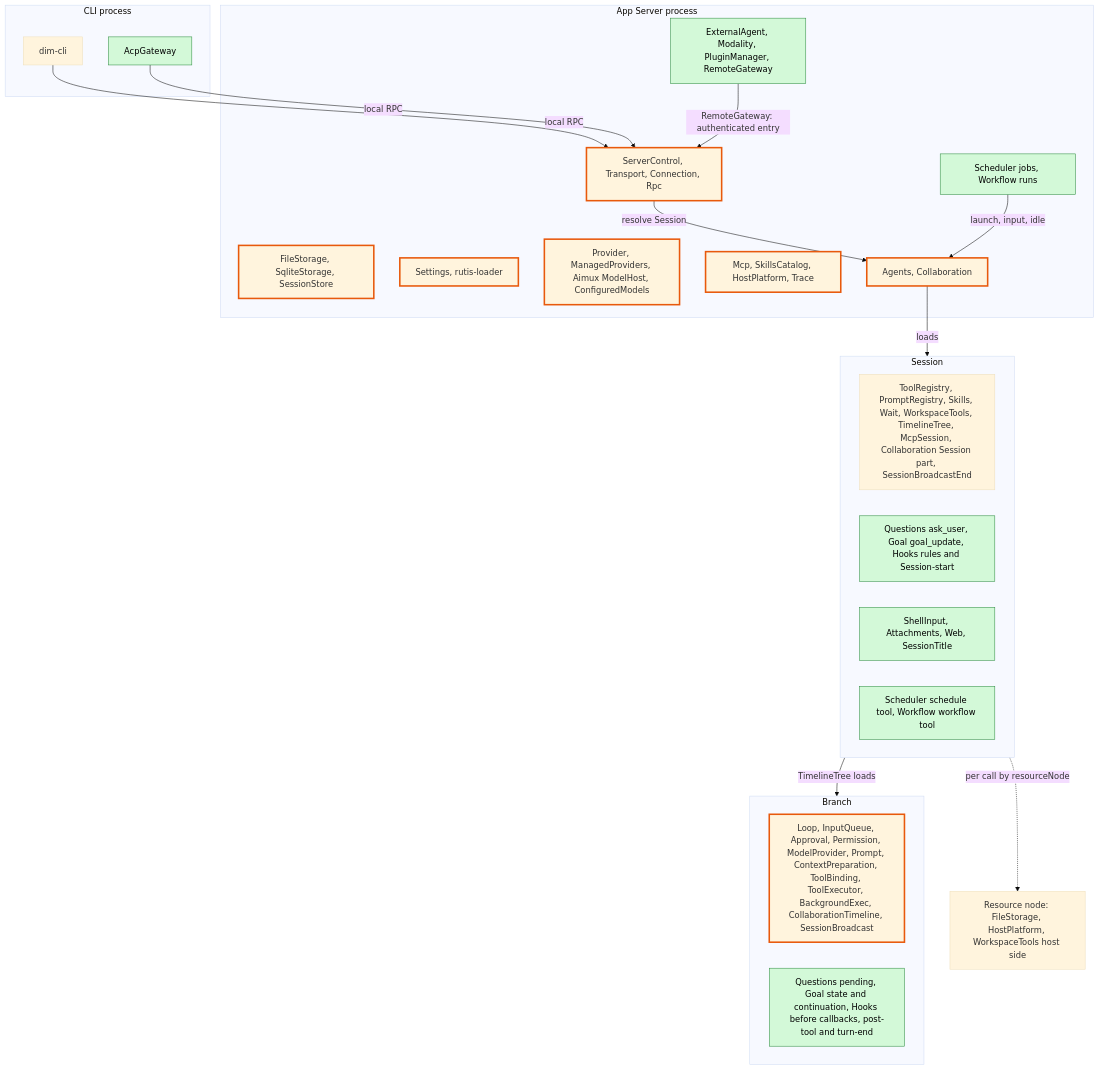
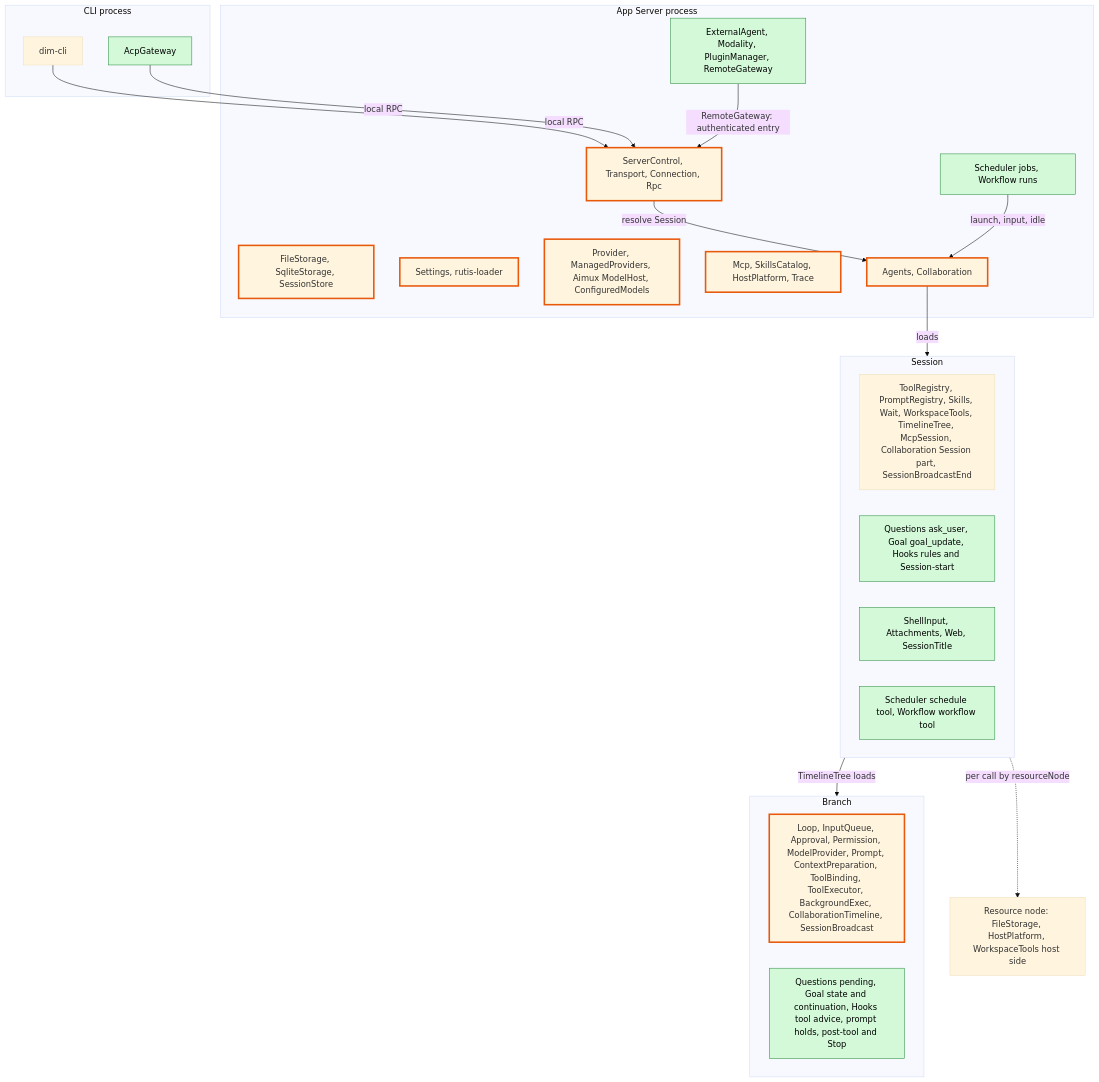
The first of 8 diagrams in docs/design/overview.md (CoutinhoTTS/dim-agent), drawn with Mermaid (base theme) before and after one commit. The commit also changed other lines of this file and 8 other files, not shown here.

````diff
--- a/docs/design/overview.md
+++ b/docs/design/overview.md
@@ -25,40 +25,40 @@
 ```mermaid
 flowchart TB
   classDef new fill:#d3f9d8,stroke:#2b8a3e,color:#000
   classDef changed stroke:#e8590c,stroke-width:3px
 
   subgraph CLIP["CLI process"]
     cli["dim-cli"]
     acp["AcpGateway"]:::new
   end
   subgraph PROC["App Server process"]
     entry["ServerControl, Transport, Connection, Rpc"]:::changed
     store["FileStorage, SqliteStorage, SessionStore"]:::changed
     cfg["Settings, rutis-loader"]:::changed
     models["Provider, ManagedProviders, Aimux ModelHost, ConfiguredModels"]:::changed
     cat["Mcp, SkillsCatalog, HostPlatform, Trace"]:::changed
     agents["Agents, Collaboration"]:::changed
     pnew["Scheduler jobs, Workflow runs"]:::new
     pext["ExternalAgent, Modality, PluginManager, RemoteGateway"]:::new
   end
   subgraph SES["Session"]
     sexist["ToolRegistry, PromptRegistry, Skills, Wait, WorkspaceTools, TimelineTree, McpSession, Collaboration Session part, SessionBroadcastEnd"]
     snew1["Questions ask_user, Goal goal_update, Hooks rules and Session-start"]:::new
     snew2["ShellInput, Attachments, Web, SessionTitle"]:::new
     snew3["Scheduler schedule tool, Workflow workflow tool"]:::new
   end
   subgraph BR["Branch"]
     bexist["Loop, InputQueue, Approval, Permission, ModelProvider, Prompt, ContextPreparation, ToolBinding, ToolExecutor, BackgroundExec, CollaborationTimeline, SessionBroadcast"]:::changed
-    bnew["Questions pending, Goal state and continuation, Hooks before callbacks, post-tool and turn-end"]:::new
+    bnew["Questions pending, Goal state and continuation, Hooks tool advice, prompt holds, post-tool and Stop"]:::new
   end
   rn["Resource node: FileStorage, HostPlatform, WorkspaceTools host side"]
 
   cli -->|"local RPC"| entry
   acp -->|"local RPC"| entry
   pext -->|"RemoteGateway: authenticated entry"| entry
   entry -->|"resolve Session"| agents
   agents -->|"loads"| SES
   SES -->|"TimelineTree loads"| BR
   pnew -->|"launch, input, idle"| agents
   SES -.->|"per call by resourceNode"| rn
 ```
````
